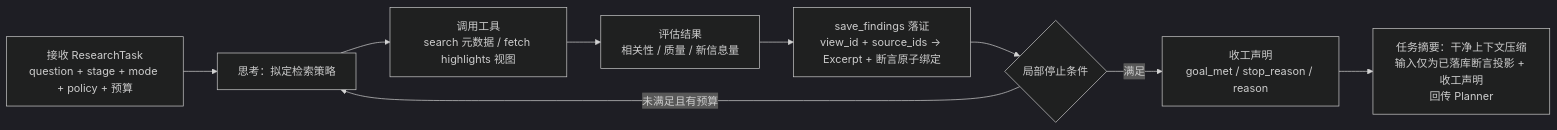
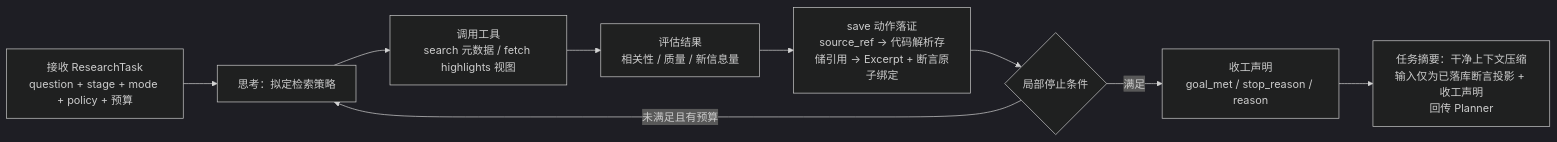
Before and after one commit to ecaps7/Prospector: the second of 6 diagrams in docs/design.md, drawn with Mermaid (dark theme). The commit also changed other lines of this file and 33 other files, not shown here.

````diff
--- a/docs/design.md
+++ b/docs/design.md
@@ -143,11 +144,11 @@
 ```mermaid
 flowchart LR
     A[接收 ResearchTask<br/>question + stage + mode + policy + 预算] --> B[思考：拟定检索策略]
     B --> C[调用工具<br/>search 元数据 / fetch highlights 视图]
     C --> D[评估结果<br/>相关性 / 质量 / 新信息量]
-    D --> S[save_findings 落证<br/>view_id + source_ids → Excerpt + 断言原子绑定]
+    D --> S[save 动作落证<br/>source_ref → 代码解析存储引用 → Excerpt + 断言原子绑定]
     S --> E{局部停止条件}
     E -- 未满足且有预算 --> B
     E -- 满足 --> G[收工声明<br/>goal_met / stop_reason / reason]
     G --> H[任务摘要：干净上下文压缩<br/>输入仅为已落库断言投影 + 收工声明<br/>回传 Planner]
 ```
````
